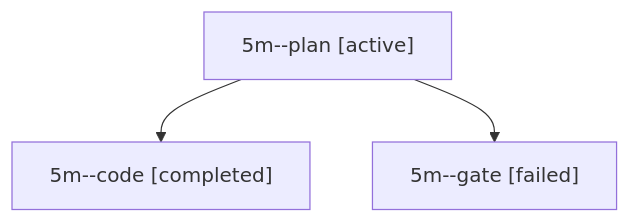
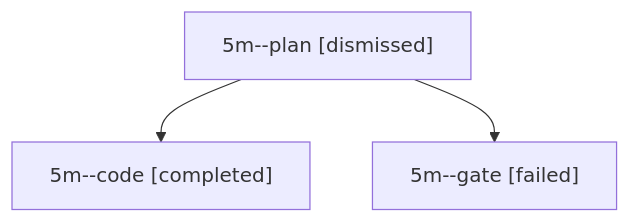
Before and after one commit to bobs-org/bob-cli--agents: the diagram in sessions/bbugyi200.apollo.5m.md, drawn with Mermaid. The commit also changed other lines of this file and 14 other files, not shown here.

````diff
--- a/sessions/bbugyi200.apollo.5m.md
+++ b/sessions/bbugyi200.apollo.5m.md
@@ -9,8 +9,8 @@
 ```mermaid
 flowchart TD
-  n0["5m--plan [active]"]
+  n0["5m--plan [dismissed]"]
   n1["5m--code [completed]"]
   n0 --> n1
   n2["5m--gate [failed]"]
   n0 --> n2
 ```
````
